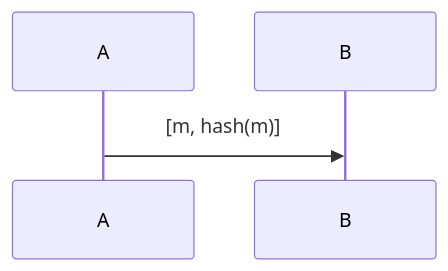
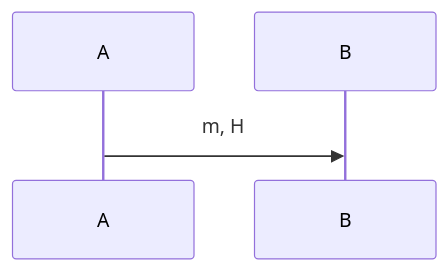
The fourth of 8 diagrams in network/tls.md (wdyjwdy/notes), drawn with Mermaid before and after one commit. The commit also changed other lines of this file, not shown here.

````diff
--- a/network/tls.md
+++ b/network/tls.md
@@ -64,4 +76,4 @@
 ```mermaid
 sequenceDiagram
-  A ->> B: [m, hash(m)]
+  A ->> B: m, H
 ```
````
